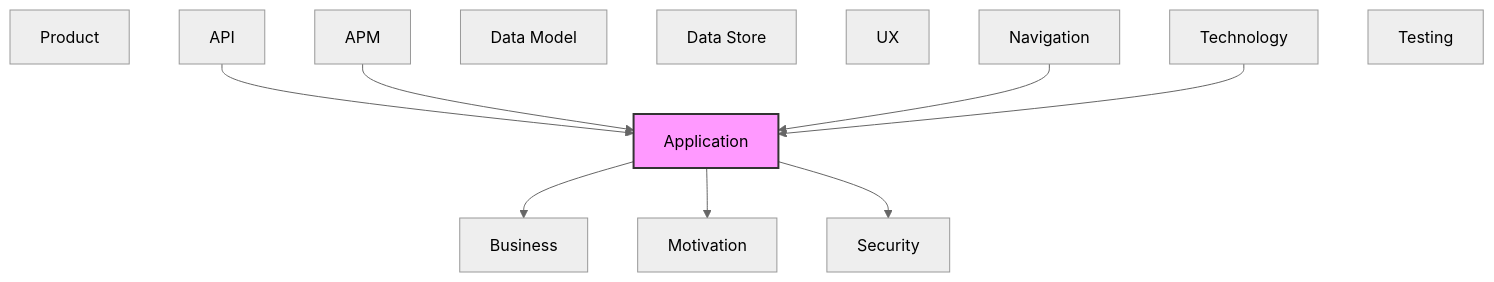
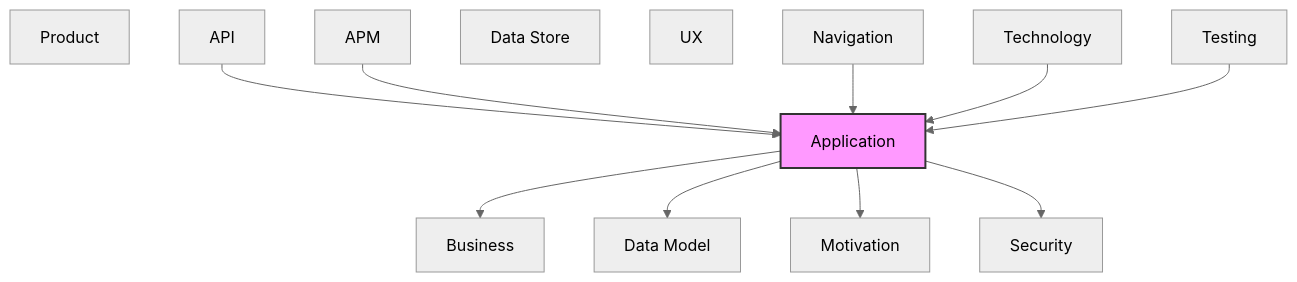
Before and after one commit to tinkermonkey/documentation_robotics_viewer: the diagram in documentation-robotics/reports/05-application-layer-report.md, drawn with Mermaid (neutral theme). The commit also changed other lines of this file and 39 other files, not shown here.

````diff
--- a/documentation-robotics/reports/05-application-layer-report.md
+++ b/documentation-robotics/reports/05-application-layer-report.md
@@ -78,25 +78,27 @@
 ```mermaid
 flowchart TB
   classDef current fill:#f9f,stroke:#333,stroke-width:2px
   motivation["Motivation"]
   business["Business"]
   product["Product"]
   security["Security"]
   application["Application"]
   technology["Technology"]
   api["API"]
   data_model["Data Model"]
   data_store["Data Store"]
   ux["UX"]
   navigation["Navigation"]
   apm["APM"]
   testing["Testing"]
   api --> application
   apm --> application
   application --> business
+  application --> data_model
   application --> motivation
   application --> security
   navigation --> application
   technology --> application
+  testing --> application
   class application current
 ```
````
